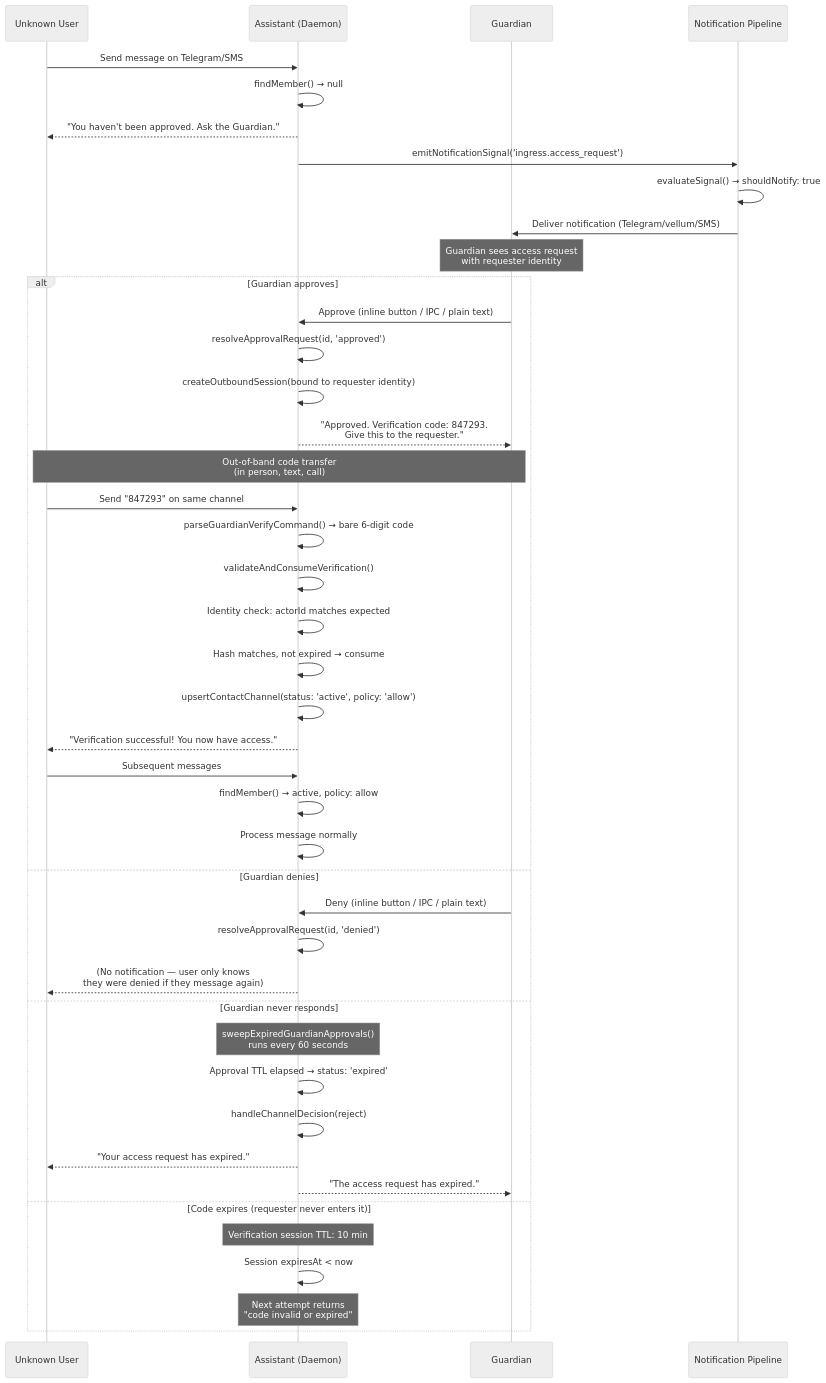
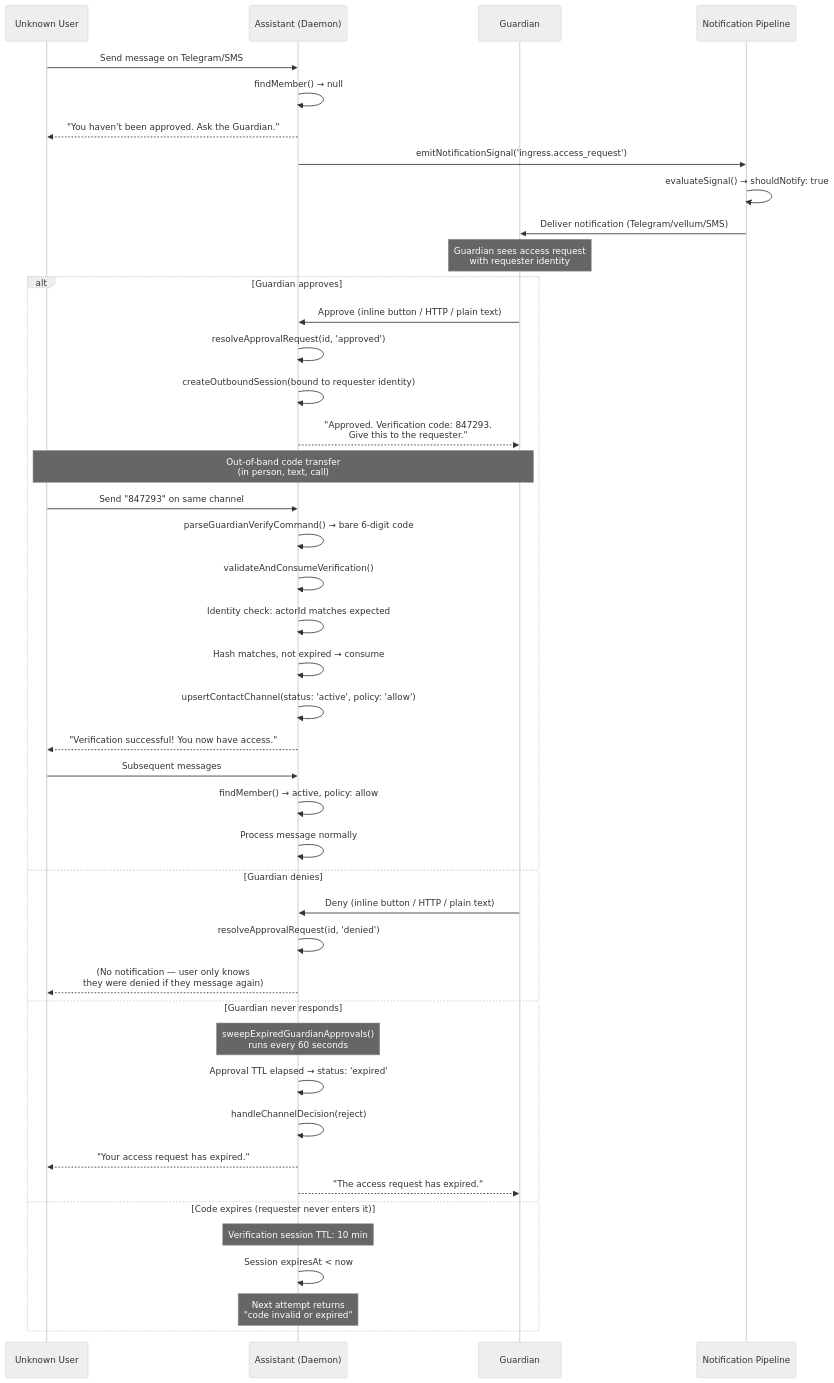
Before and after one commit to vellum-ai/vellum-assistant: the diagram in assistant/docs/trusted-contact-access.md, drawn with Mermaid (neutral theme). The commit also changed other lines of this file and 6 other files, not shown here.

Commit message:
docs: replace IPC terminology in architecture documentation

````diff
--- a/assistant/docs/trusted-contact-access.md
+++ b/assistant/docs/trusted-contact-access.md
@@ -147,55 +147,55 @@
 ```mermaid
 sequenceDiagram
     participant U as Unknown User
     participant A as Assistant (Daemon)
     participant G as Guardian
     participant N as Notification Pipeline
 
     U->>A: Send message on Telegram/SMS
     A->>A: findMember() → null
     A-->>U: "You haven't been approved. Ask the Guardian."
 
     A->>N: emitNotificationSignal('ingress.access_request')
     N->>N: evaluateSignal() → shouldNotify: true
     N->>G: Deliver notification (Telegram/vellum/SMS)
 
     Note over G: Guardian sees access request<br/>with requester identity
 
     alt Guardian approves
-        G->>A: Approve (inline button / IPC / plain text)
+        G->>A: Approve (inline button / HTTP / plain text)
         A->>A: resolveApprovalRequest(id, 'approved')
         A->>A: createOutboundSession(bound to requester identity)
         A-->>G: "Approved. Verification code: 847293.<br/>Give this to the requester."
 
         Note over G,U: Out-of-band code transfer<br/>(in person, text, call)
 
         U->>A: Send "847293" on same channel
         A->>A: parseGuardianVerifyCommand() → bare 6-digit code
         A->>A: validateAndConsumeVerification()
         A->>A: Identity check: actorId matches expected
         A->>A: Hash matches, not expired → consume
         A->>A: upsertContactChannel(status: 'active', policy: 'allow')
         A-->>U: "Verification successful! You now have access."
 
         U->>A: Subsequent messages
         A->>A: findMember() → active, policy: allow
         A->>A: Process message normally
 
     else Guardian denies
-        G->>A: Deny (inline button / IPC / plain text)
+        G->>A: Deny (inline button / HTTP / plain text)
         A->>A: resolveApprovalRequest(id, 'denied')
         A-->>U: (No notification — user only knows<br/>they were denied if they message again)
 
     else Guardian never responds
         Note over A: sweepExpiredGuardianApprovals()<br/>runs every 60 seconds
         A->>A: Approval TTL elapsed → status: 'expired'
         A->>A: handleChannelDecision(reject)
         A-->>U: "Your access request has expired."
         A-->>G: "The access request has expired."
 
     else Code expires (requester never enters it)
         Note over A: Verification session TTL: 10 min
         A->>A: Session expiresAt < now
         Note over A: Next attempt returns<br/>"code invalid or expired"
     end
 ```
````
